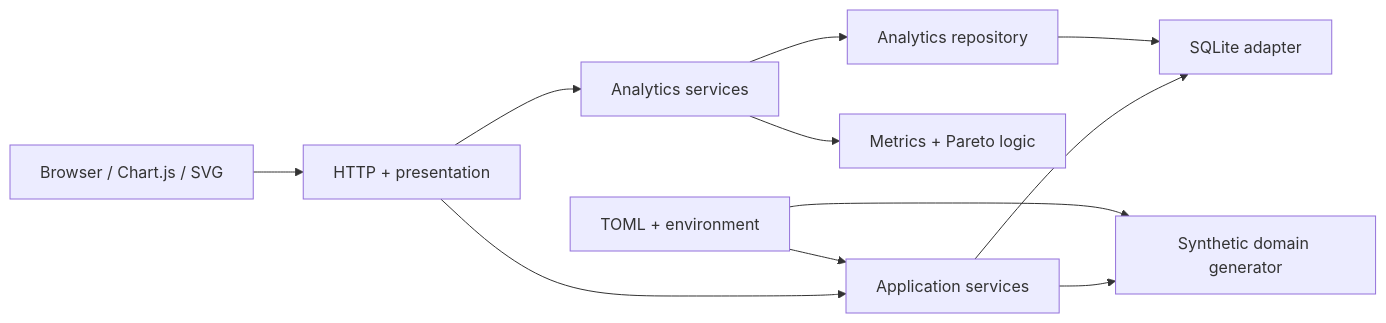
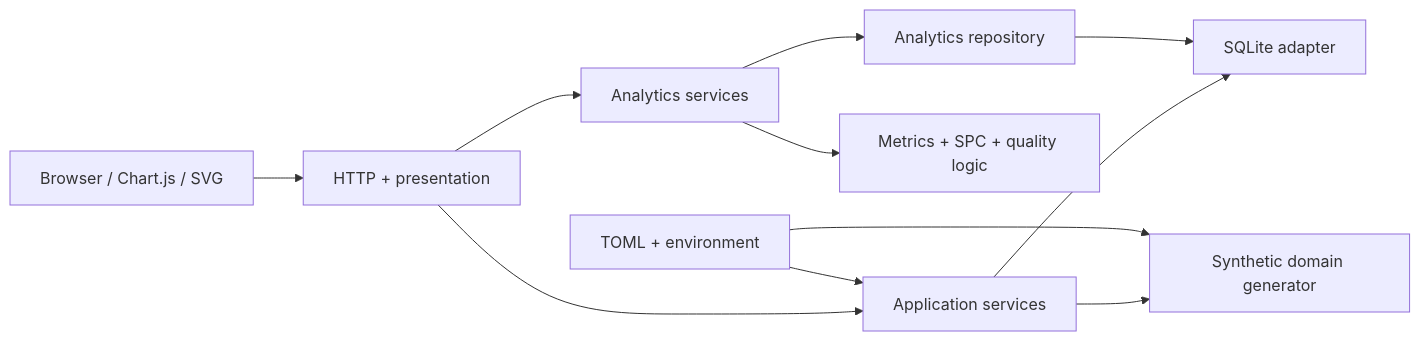
The diagram in ARCHITECTURE.md (4sy8zwp9hz-netizen/manufacturing-analytics-platform), drawn with Mermaid before and after one commit. The commit also changed other lines of this file and 36 other files, not shown here.

````diff
--- a/ARCHITECTURE.md
+++ b/ARCHITECTURE.md
@@ -7,13 +7,13 @@
 ```mermaid
 flowchart LR
     Browser["Browser / Chart.js / SVG"] --> Web["HTTP + presentation"]
     Web --> Analytics["Analytics services"]
     Web --> Bootstrap["Application services"]
-    Analytics --> Domain["Metrics + Pareto logic"]
+    Analytics --> Domain["Metrics + SPC + quality logic"]
     Analytics --> Repositories["Analytics repository"]
     Bootstrap --> Generator["Synthetic domain generator"]
     Bootstrap --> Database["SQLite adapter"]
     Repositories --> Database
     Config["TOML + environment"] --> Bootstrap
     Config --> Generator
 ```
````
